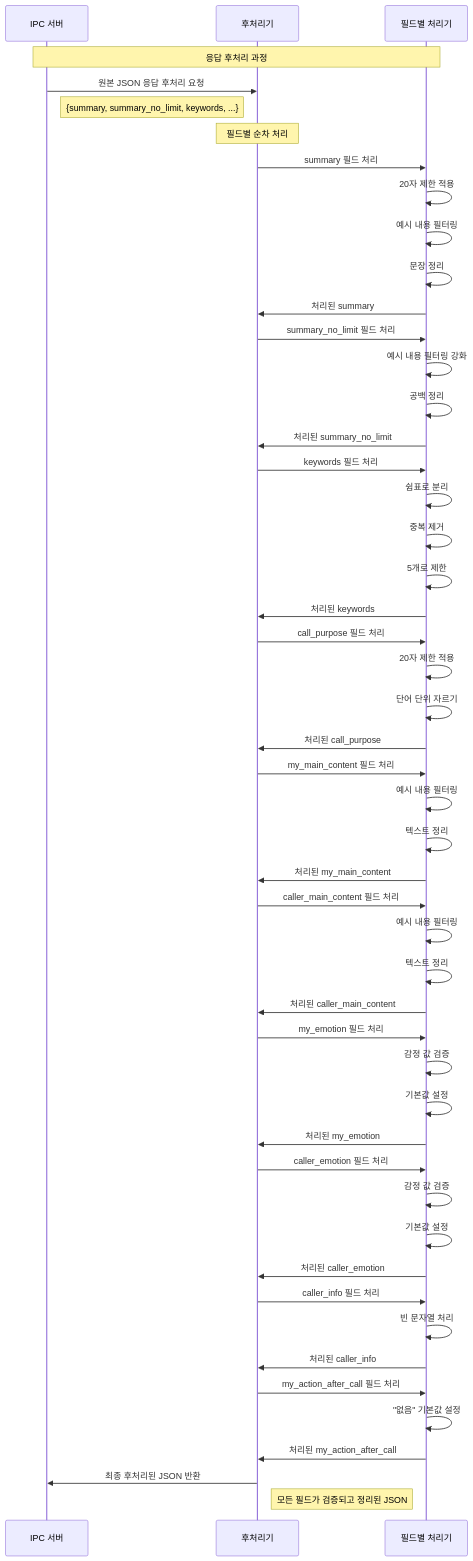
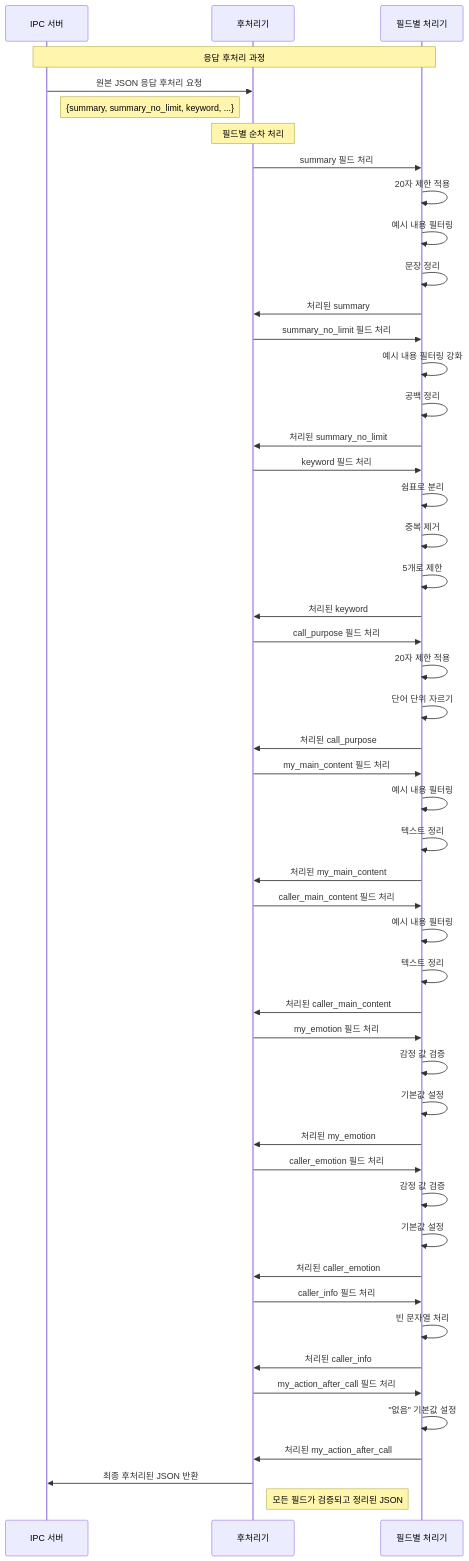
One commit to hak023/gemma-summarizer-poc changed the fifth of 5 diagrams in sequence_diagram.md. Above: the diagram before and after it, drawn with Mermaid. The commit also changed other lines of this file and 9 other files, not shown here.

Commit message:
JSON 파싱 개선 및 프롬프트 최적화 - JSON 파싱 로직 개선으로 완전한 응답 추출 - 프롬프트를 요점 중심 간결한 형태로 변경 - 파라미터 조정으로 모델 응답 일관성 향상 - keyword 필드 표준화 (keywords 제거) - paragraphs 필드 포함된 완전한 JSON 구조 적용

````diff
--- a/sequence_diagram.md
+++ b/sequence_diagram.md
@@ -205,64 +205,64 @@
 ```mermaid
 sequenceDiagram
     participant IPC as IPC 서버
     participant Postprocessor as 후처리기
     participant Fields as 필드별 처리기
 
     Note over IPC,Fields: 응답 후처리 과정
     IPC->>Postprocessor: 원본 JSON 응답 후처리 요청
-    Note right of IPC: {summary, summary_no_limit, keywords, ...}
+    Note right of IPC: {summary, summary_no_limit, keyword, ...}
 
     Note over Postprocessor: 필드별 순차 처리
     Postprocessor->>Fields: summary 필드 처리
     Fields->>Fields: 20자 제한 적용
     Fields->>Fields: 예시 내용 필터링
     Fields->>Fields: 문장 정리
     Fields->>Postprocessor: 처리된 summary
 
     Postprocessor->>Fields: summary_no_limit 필드 처리
     Fields->>Fields: 예시 내용 필터링 강화
     Fields->>Fields: 공백 정리
     Fields->>Postprocessor: 처리된 summary_no_limit
 
-    Postprocessor->>Fields: keywords 필드 처리
+    Postprocessor->>Fields: keyword 필드 처리
     Fields->>Fields: 쉼표로 분리
     Fields->>Fields: 중복 제거
     Fields->>Fields: 5개로 제한
-    Fields->>Postprocessor: 처리된 keywords
+    Fields->>Postprocessor: 처리된 keyword
 
     Postprocessor->>Fields: call_purpose 필드 처리
     Fields->>Fields: 20자 제한 적용
     Fields->>Fields: 단어 단위 자르기
     Fields->>Postprocessor: 처리된 call_purpose
 
     Postprocessor->>Fields: my_main_content 필드 처리
     Fields->>Fields: 예시 내용 필터링
     Fields->>Fields: 텍스트 정리
     Fields->>Postprocessor: 처리된 my_main_content
 
     Postprocessor->>Fields: caller_main_content 필드 처리
     Fields->>Fields: 예시 내용 필터링
     Fields->>Fields: 텍스트 정리
     Fields->>Postprocessor: 처리된 caller_main_content
 
     Postprocessor->>Fields: my_emotion 필드 처리
     Fields->>Fields: 감정 값 검증
     Fields->>Fields: 기본값 설정
     Fields->>Postprocessor: 처리된 my_emotion
 
     Postprocessor->>Fields: caller_emotion 필드 처리
     Fields->>Fields: 감정 값 검증
     Fields->>Fields: 기본값 설정
     Fields->>Postprocessor: 처리된 caller_emotion
 
     Postprocessor->>Fields: caller_info 필드 처리
     Fields->>Fields: 빈 문자열 처리
     Fields->>Postprocessor: 처리된 caller_info
 
     Postprocessor->>Fields: my_action_after_call 필드 처리
     Fields->>Fields: "없음" 기본값 설정
     Fields->>Postprocessor: 처리된 my_action_after_call
 
     Postprocessor->>IPC: 최종 후처리된 JSON 반환
     Note right of Postprocessor: 모든 필드가 검증되고 정리된 JSON
 ```
````
